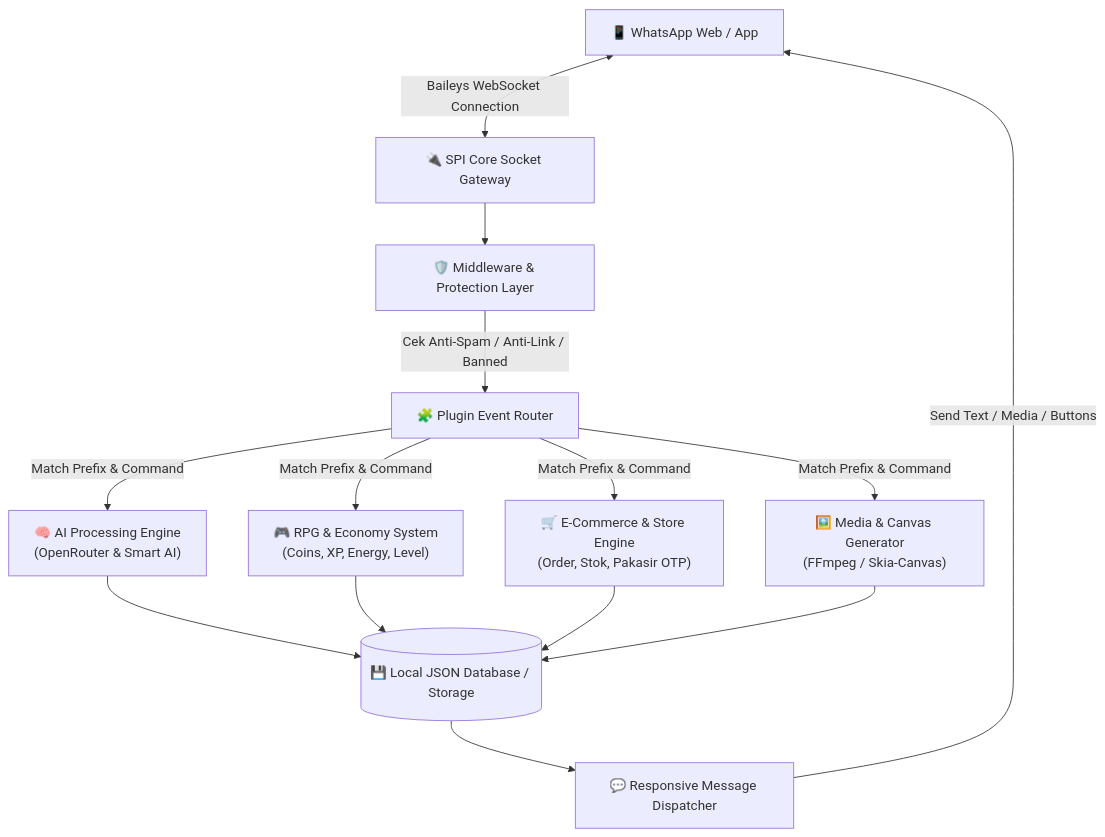
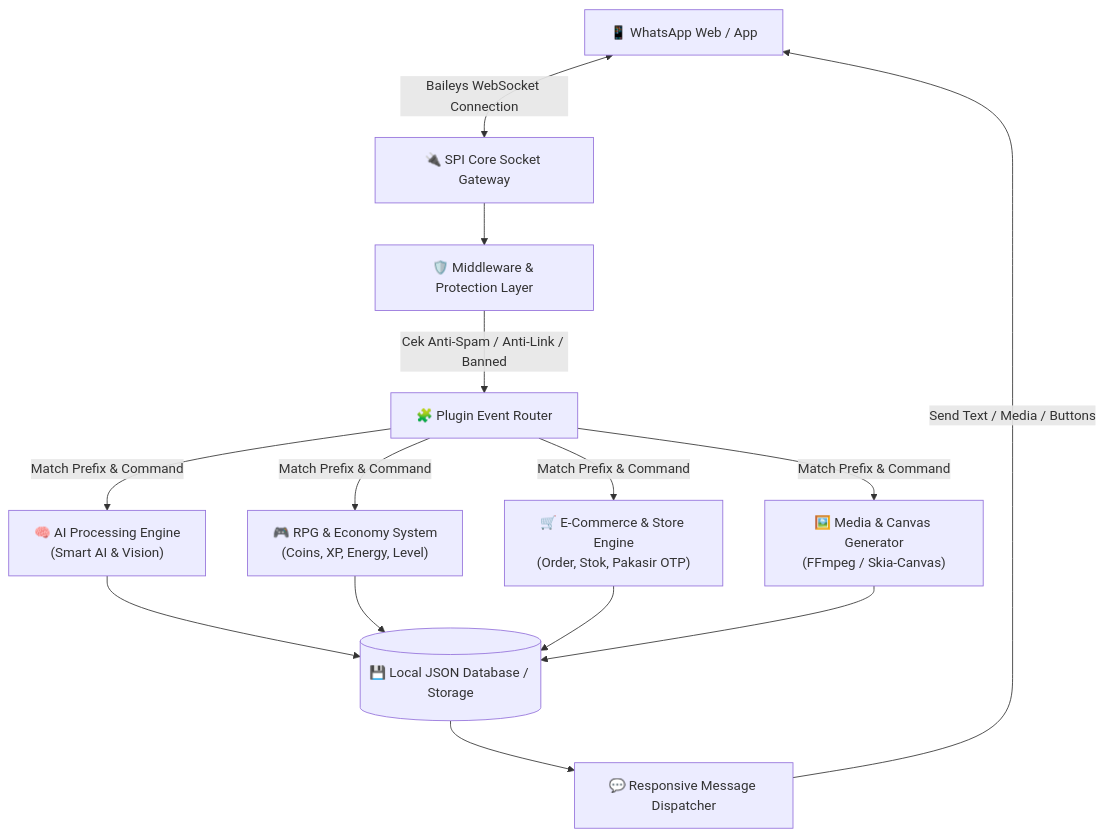
Before and after one commit to MuhammadLutfiMuzakiiVY/SPI-MD: the diagram in README.md, drawn with Mermaid. The commit also changed other lines of this file and 6 other files, not shown here.

````diff
--- a/README.md
+++ b/README.md
@@ -52,19 +52,19 @@
 ```mermaid
 flowchart TD
     A["📱 WhatsApp Web / App"] <-->|"Baileys WebSocket Connection"| B["🔌 SPI Core Socket Gateway"]
     B --> C["🛡️ Middleware & Protection Layer"]
     C -->|"Cek Anti-Spam / Anti-Link / Banned"| D["🧩 Plugin Event Router"]
     
-    D -->|"Match Prefix & Command"| E1["🧠 AI Processing Engine<br/>(OpenRouter & Smart AI)"]
+    D -->|"Match Prefix & Command"| E1["🧠 AI Processing Engine<br/>(Smart AI & Vision)"]
     D -->|"Match Prefix & Command"| E2["🎮 RPG & Economy System<br/>(Coins, XP, Energy, Level)"]
     D -->|"Match Prefix & Command"| E3["🛒 E-Commerce & Store Engine<br/>(Order, Stok, Pakasir OTP)"]
     D -->|"Match Prefix & Command"| E4["🖼️ Media & Canvas Generator<br/>(FFmpeg / Skia-Canvas)"]
 
     E1 --> F[("💾 Local JSON Database / Storage")]
     E2 --> F
     E3 --> F
     E4 --> F
 
     F --> G["💬 Responsive Message Dispatcher"]
     G -->|"Send Text / Media / Buttons"| A
 ```
````
